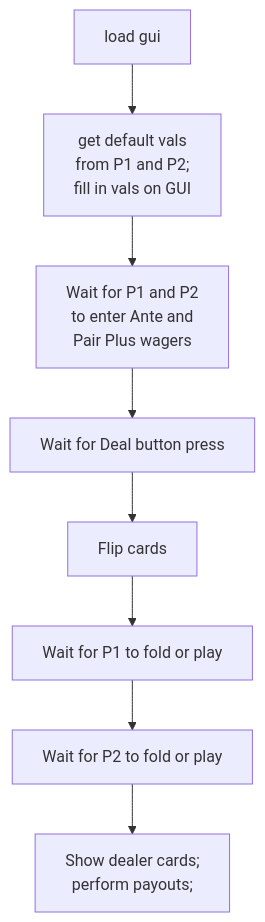
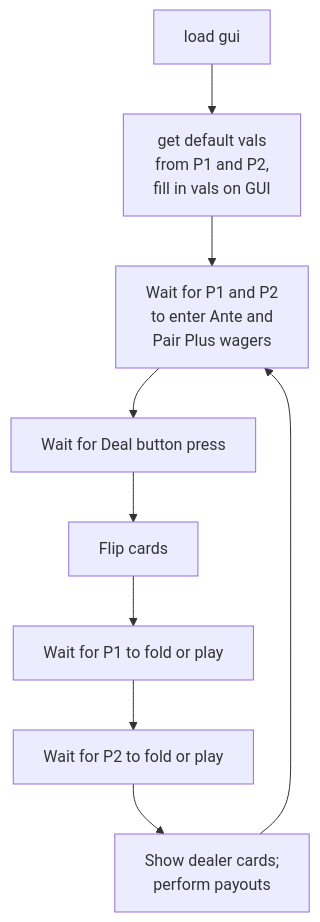
Before and after one commit to david-dozer/cs342-poker: the diagram in README.md, drawn with Mermaid.

Commit message:
planning

````diff
--- a/README.md
+++ b/README.md
@@ -5,10 +5,11 @@
 ```mermaid
   graph TD;
-      A[load gui ]-->B[get default vals <br> from P1 and P2; <br> fill in vals on GUI];
+      A[load gui ]-->B[get default vals <br> from P1 and P2, <br> fill in vals on GUI];
       B-->C[Wait for P1 and P2 <br> to enter Ante and <br> Pair Plus wagers];
       C-->D[Wait for Deal button press];
       D-->E[Flip cards];
       E-->F[Wait for P1 to fold or play];
       F-->G[Wait for P2 to fold or play];
-      G-->H[Show dealer cards; <br> perform payouts;];
+      G-->H[Show dealer cards; <br> perform payouts];
+      H-->C
 ```
````
